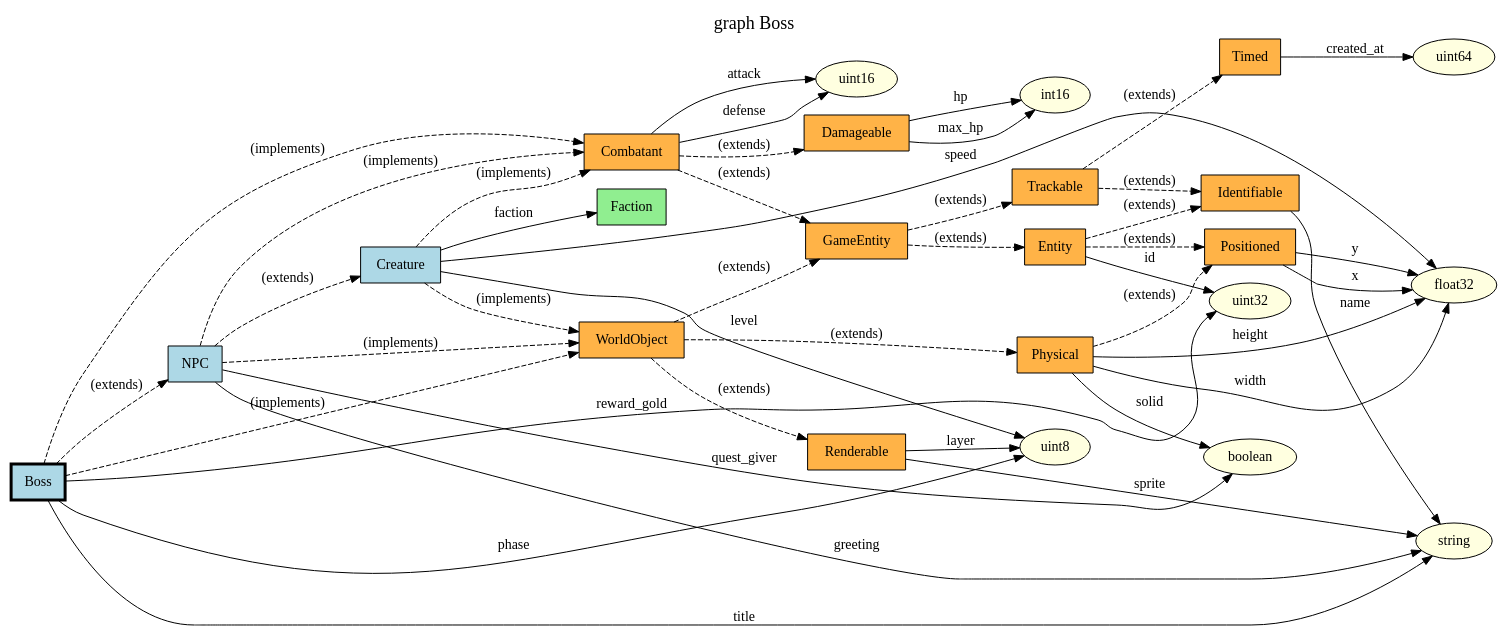
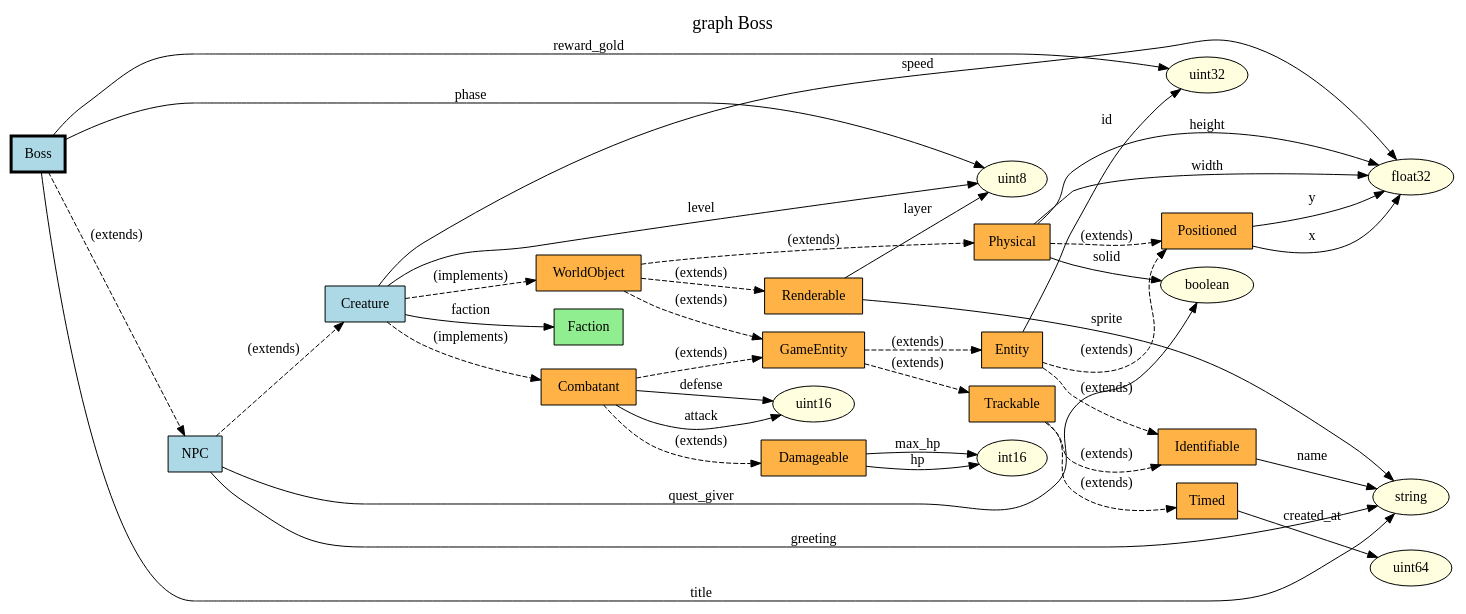
Before and after one commit to curious-machines/typed_tables: the diagram in scratch/graphs/examples/03-boss-unlimited.dot, drawn with Graphviz. The commit also changed 79 other files, not shown here.

First line of the commit message:
Fix graph implements edges and path-to target expansion

```diff
--- a/scratch/graphs/examples/03-boss-unlimited.dot
+++ b/scratch/graphs/examples/03-boss-unlimited.dot
@@ -1,74 +1,70 @@
 digraph types {
     rankdir=LR;
     node [style=filled];
     label="graph Boss";
     labelloc=t;
     fontsize=18;
 
     "Boss" [shape=box, fillcolor="#ADD8E6", penwidth=3];
     "Combatant" [shape=box, fillcolor="#FFB347"];
     "Creature" [shape=box, fillcolor="#ADD8E6"];
     "Damageable" [shape=box, fillcolor="#FFB347"];
     "Entity" [shape=box, fillcolor="#FFB347"];
     "Faction" [shape=box, fillcolor="#90EE90"];
     "GameEntity" [shape=box, fillcolor="#FFB347"];
     "Identifiable" [shape=box, fillcolor="#FFB347"];
     "NPC" [shape=box, fillcolor="#ADD8E6"];
     "Physical" [shape=box, fillcolor="#FFB347"];
     "Positioned" [shape=box, fillcolor="#FFB347"];
     "Renderable" [shape=box, fillcolor="#FFB347"];
     "Timed" [shape=box, fillcolor="#FFB347"];
     "Trackable" [shape=box, fillcolor="#FFB347"];
     "WorldObject" [shape=box, fillcolor="#FFB347"];
     "boolean" [shape=ellipse, fillcolor="#FFFFE0"];
     "float32" [shape=ellipse, fillcolor="#FFFFE0"];
     "int16" [shape=ellipse, fillcolor="#FFFFE0"];
     "string" [shape=ellipse, fillcolor="#FFFFE0"];
     "uint16" [shape=ellipse, fillcolor="#FFFFE0"];
     "uint32" [shape=ellipse, fillcolor="#FFFFE0"];
     "uint64" [shape=ellipse, fillcolor="#FFFFE0"];
     "uint8" [shape=ellipse, fillcolor="#FFFFE0"];
 
     "Boss" -> "uint8" [label="phase"];
     "Boss" -> "string" [label="title"];
     "Boss" -> "uint32" [label="reward_gold"];
     "Boss" -> "NPC" [label="(extends)", style=dashed];
-    "Boss" -> "Combatant" [label="(implements)", style=dashed];
-    "Boss" -> "WorldObject" [label="(implements)", style=dashed];
+    "NPC" -> "string" [label="greeting"];
+    "NPC" -> "boolean" [label="quest_giver"];
+    "NPC" -> "Creature" [label="(extends)", style=dashed];
+    "Creature" -> "float32" [label="speed"];
+    "Creature" -> "uint8" [label="level"];
+    "Creature" -> "Faction" [label="faction"];
+    "Creature" -> "Combatant" [label="(implements)", style=dashed];
+    "Creature" -> "WorldObject" [label="(implements)", style=dashed];
+    "WorldObject" -> "GameEntity" [label="(extends)", style=dashed];
+    "WorldObject" -> "Renderable" [label="(extends)", style=dashed];
+    "WorldObject" -> "Physical" [label="(extends)", style=dashed];
     "Combatant" -> "uint16" [label="attack"];
     "Combatant" -> "uint16" [label="defense"];
     "Combatant" -> "GameEntity" [label="(extends)", style=dashed];
     "Combatant" -> "Damageable" [label="(extends)", style=dashed];
-    "WorldObject" -> "GameEntity" [label="(extends)", style=dashed];
-    "WorldObject" -> "Renderable" [label="(extends)", style=dashed];
-    "WorldObject" -> "Physical" [label="(extends)", style=dashed];
-    "NPC" -> "string" [label="greeting"];
-    "NPC" -> "boolean" [label="quest_giver"];
-    "NPC" -> "Creature" [label="(extends)", style=dashed];
-    "NPC" -> "Combatant" [label="(implements)", style=dashed];
-    "NPC" -> "WorldObject" [label="(implements)", style=dashed];
     "GameEntity" -> "Entity" [label="(extends)", style=dashed];
     "GameEntity" -> "Trackable" [label="(extends)", style=dashed];
     "Renderable" -> "string" [label="sprite"];
     "Renderable" -> "uint8" [label="layer"];
     "Physical" -> "float32" [label="width"];
     "Physical" -> "float32" [label="height"];
     "Physical" -> "boolean" [label="solid"];
     "Physical" -> "Positioned" [label="(extends)", style=dashed];
-    "Creature" -> "float32" [label="speed"];
-    "Creature" -> "uint8" [label="level"];
-    "Creature" -> "Faction" [label="faction"];
-    "Creature" -> "Combatant" [label="(implements)", style=dashed];
-    "Creature" -> "WorldObject" [label="(implements)", style=dashed];
     "Damageable" -> "int16" [label="hp"];
     "Damageable" -> "int16" [label="max_hp"];
-    "Entity" -> "uint32" [label="id"];
-    "Entity" -> "Identifiable" [label="(extends)", style=dashed];
-    "Entity" -> "Positioned" [label="(extends)", style=dashed];
     "Trackable" -> "Identifiable" [label="(extends)", style=dashed];
     "Trackable" -> "Timed" [label="(extends)", style=dashed];
     "Positioned" -> "float32" [label="x"];
     "Positioned" -> "float32" [label="y"];
+    "Entity" -> "uint32" [label="id"];
+    "Entity" -> "Identifiable" [label="(extends)", style=dashed];
+    "Entity" -> "Positioned" [label="(extends)", style=dashed];
     "Timed" -> "uint64" [label="created_at"];
     "Identifiable" -> "string" [label="name"];
 }
```
